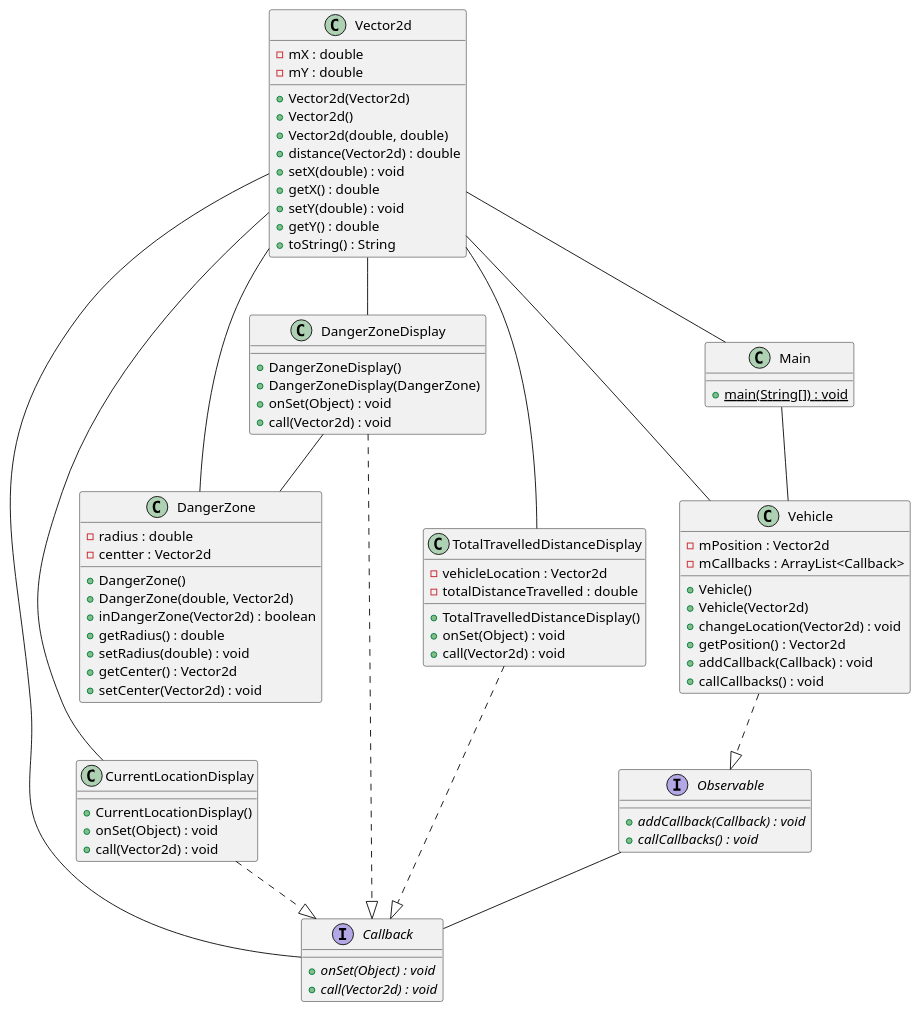
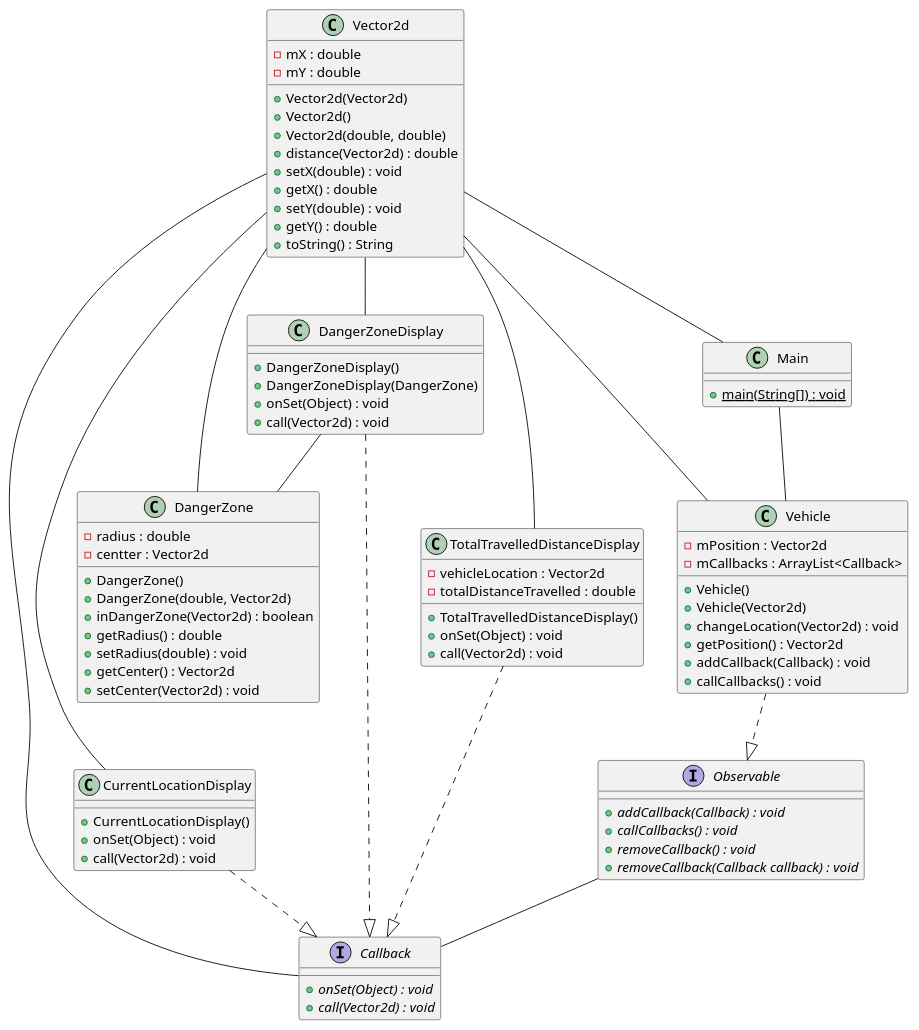
Before and after one commit to Schtuffs/VehicleTracker: the diagram in classDiagram.puml, drawn with PlantUML. The commit also changed 3 other files, not shown here.

```diff
--- a/classDiagram.puml
+++ b/classDiagram.puml
@@ -1,92 +1,94 @@
 @startuml Vehicle
 
 interface Callback {
     + {abstract} onSet(Object) : void
     + {abstract} call(Vector2d) : void
 }
 
 class CurrentLocationDisplay {
     + CurrentLocationDisplay()
     + onSet(Object) : void
     + call(Vector2d) : void
 }
 
 class DangerZone {
     - radius : double
     - centter : Vector2d
     + DangerZone()
     + DangerZone(double, Vector2d)
     + inDangerZone(Vector2d) : boolean
     + getRadius() : double
     + setRadius(double) : void
     + getCenter() : Vector2d
     + setCenter(Vector2d) : void
 }
 
 class DangerZoneDisplay {
     + DangerZoneDisplay()
     + DangerZoneDisplay(DangerZone)
     + onSet(Object) : void
     + call(Vector2d) : void
 }
 
 interface Observable {
     + {abstract} addCallback(Callback) : void
     + {abstract} callCallbacks() : void
+    + {abstract} removeCallback() : void
+    + {abstract} removeCallback(Callback callback) : void
 }
 
 class TotalTravelledDistanceDisplay {
     - vehicleLocation : Vector2d
     - totalDistanceTravelled : double
     + TotalTravelledDistanceDisplay()
     + onSet(Object) : void
     + call(Vector2d) : void
 }
 
 class Vector2d {
     - mX : double
     - mY : double
     + Vector2d(Vector2d)
     + Vector2d()
     + Vector2d(double, double)
     + distance(Vector2d) : double
     + setX(double) : void
     + getX() : double
     + setY(double) : void
     + getY() : double
     + toString() : String
 }
 
 class Vehicle {
     - mPosition : Vector2d
     - mCallbacks : ArrayList<Callback>
     + Vehicle()
     + Vehicle(Vector2d)
     + changeLocation(Vector2d) : void
     + getPosition() : Vector2d
     + addCallback(Callback) : void
     + callCallbacks() : void
 }
 
 class Main {
     + {static} main(String[]) : void
 }
 
 Observable -- Callback
 Main -- Vehicle
 
 Vehicle ..|> Observable
 TotalTravelledDistanceDisplay ..|> Callback
 DangerZoneDisplay -- DangerZone
 DangerZoneDisplay ..|> Callback
 CurrentLocationDisplay ..|> Callback
 
 Vector2d -- Vehicle
 Vector2d -- TotalTravelledDistanceDisplay
 Vector2d -- Main
 Vector2d -- DangerZoneDisplay
 Vector2d -- DangerZone
 Vector2d -- CurrentLocationDisplay
 Vector2d -- Callback
 
 @enduml
```
